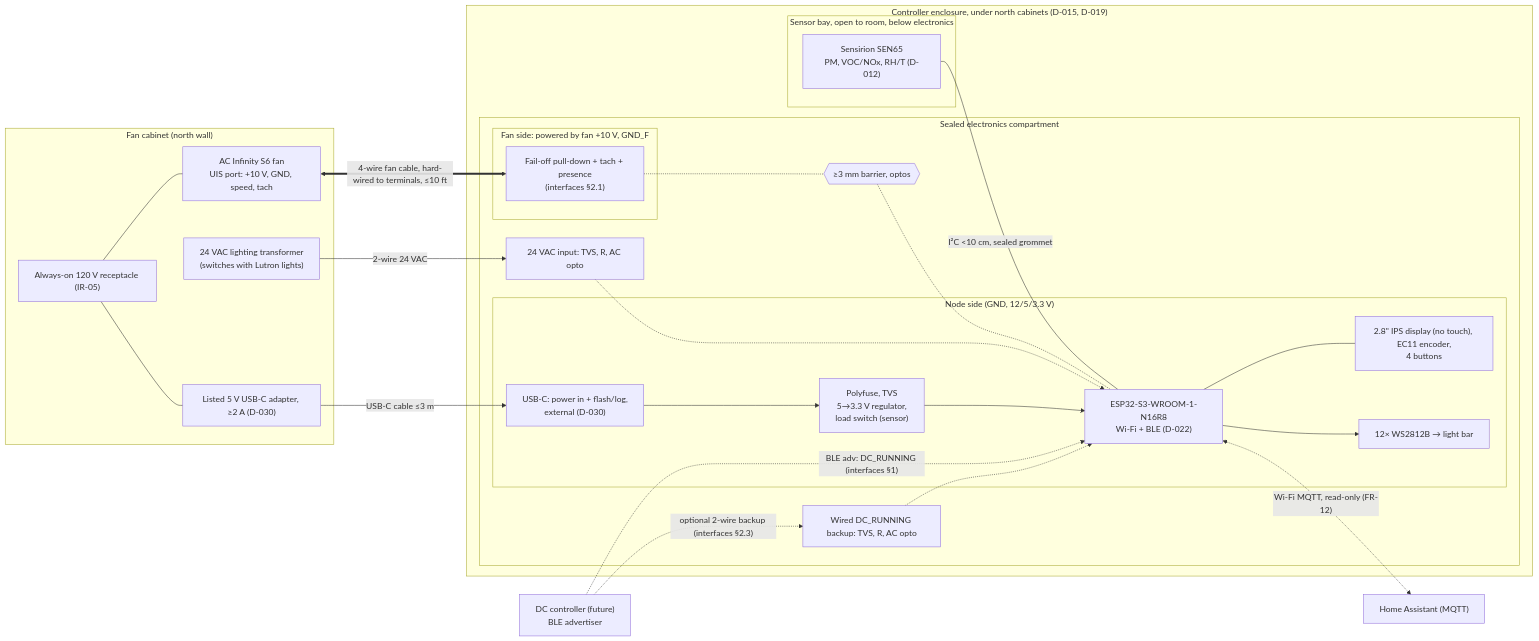
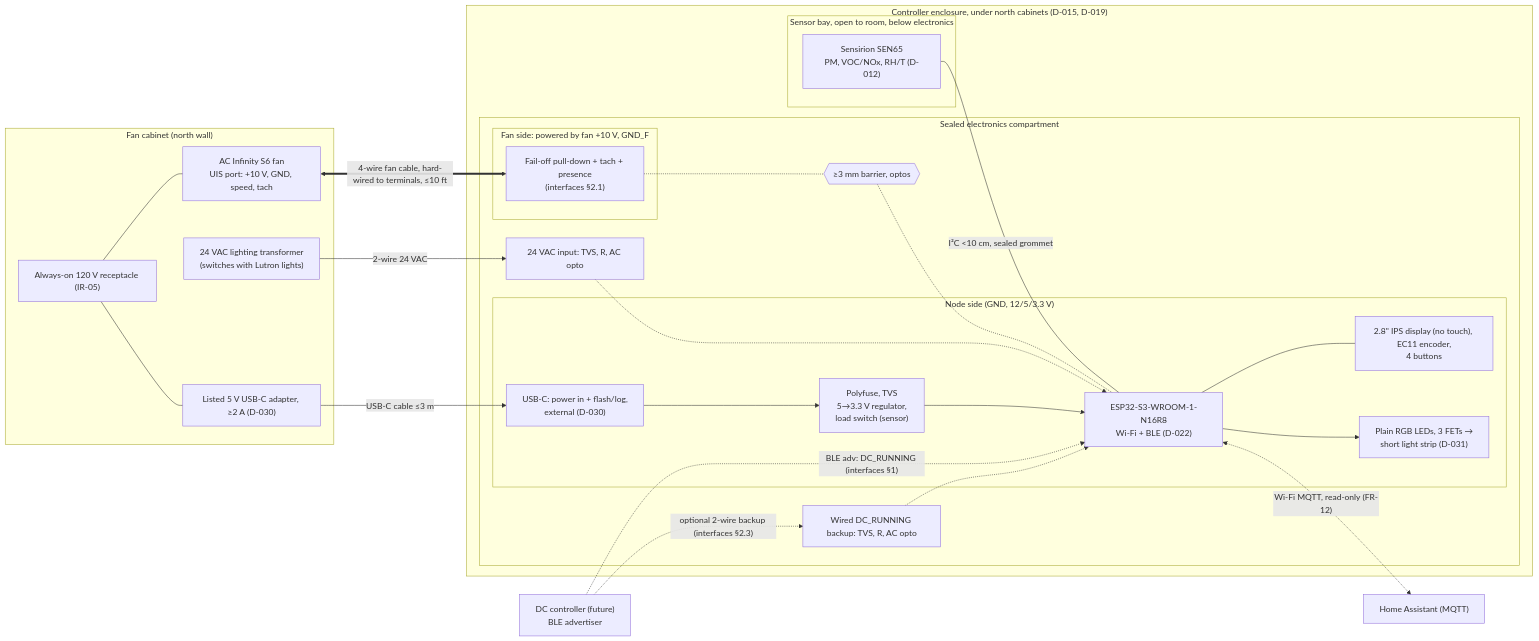
One commit to metcalf/shop-exhaust-control changed the diagram in docs/architecture.md. Above: the diagram before and after it, drawn with Mermaid. The commit also changed other lines of this file and 3 other files, not shown here.

First line of the commit message:
Indicator: plain RGB short strip; keep SEN65 load switch for recovery (D-031)

````diff
--- a/docs/architecture.md
+++ b/docs/architecture.md
@@ -9,46 +9,46 @@
 ```mermaid
 flowchart LR
   subgraph CAB["Fan cabinet (north wall)"]
     REC["Always-on 120 V receptacle (IR-05)"]
     S6["AC Infinity S6 fan<br/>UIS port: +10 V, GND, speed, tach"]
     XFMR["24 VAC lighting transformer<br/>(switches with Lutron lights)"]
     PSU["Listed 5 V USB-C adapter, ≥2 A (D-030)"]
     REC --- S6
     REC --- PSU
   end
 
   subgraph ENC["Controller enclosure, under north cabinets (D-015, D-019)"]
     subgraph EC["Sealed electronics compartment"]
       subgraph FS["Fan side: powered by fan +10 V, GND_F"]
         FAN_IF["Fail-off pull-down + tach + presence<br/>(interfaces §2.1)"]
       end
       BAR1{{"≥3 mm barrier, optos"}}
       subgraph NODE["Node side (GND, 12/5/3.3 V)"]
         MCU["ESP32-S3-WROOM-1-N16R8<br/>Wi-Fi + BLE (D-022)"]
         PWR["Polyfuse, TVS<br/>5→3.3 V regulator,<br/>load switch (sensor)"]
         PANEL["2.8&quot; IPS display (no touch), EC11 encoder,<br/>4 buttons"]
-        LEDS["12× WS2812B → light bar"]
+        LEDS["Plain RGB LEDs, 3 FETs →<br/>short light strip (D-031)"]
         USB["USB-C: power in + flash/log,<br/>external (D-030)"]
       end
       OCC_IF["24 VAC input: TVS, R, AC opto"]
       DC_IF["Wired DC_RUNNING backup: TVS, R, AC opto"]
     end
     subgraph BAY["Sensor bay, open to room, below electronics"]
       SEN["Sensirion SEN65<br/>PM, VOC/NOx, RH/T (D-012)"]
     end
   end
 
   DC["DC controller (future)<br/>BLE advertiser"]
   HA["Home Assistant (MQTT)"]
 
   S6 <== "4-wire fan cable, hard-wired to terminals, ≤10 ft" ==> FAN_IF
   FAN_IF -.- BAR1 -.- MCU
   XFMR -- "2-wire 24 VAC" --> OCC_IF -.-> MCU
   PSU -- "USB-C cable ≤3 m" --> USB --> PWR --> MCU
   SEN -- "I²C <10 cm, sealed grommet" --- MCU
   MCU --- PANEL
   MCU --> LEDS
   DC -. "BLE adv: DC_RUNNING (interfaces §1)" .-> MCU
   DC -. "optional 2-wire backup (interfaces §2.3)" .-> DC_IF -.-> MCU
   MCU <-. "Wi-Fi MQTT, read-only (FR-12)" .-> HA
 ```
````
